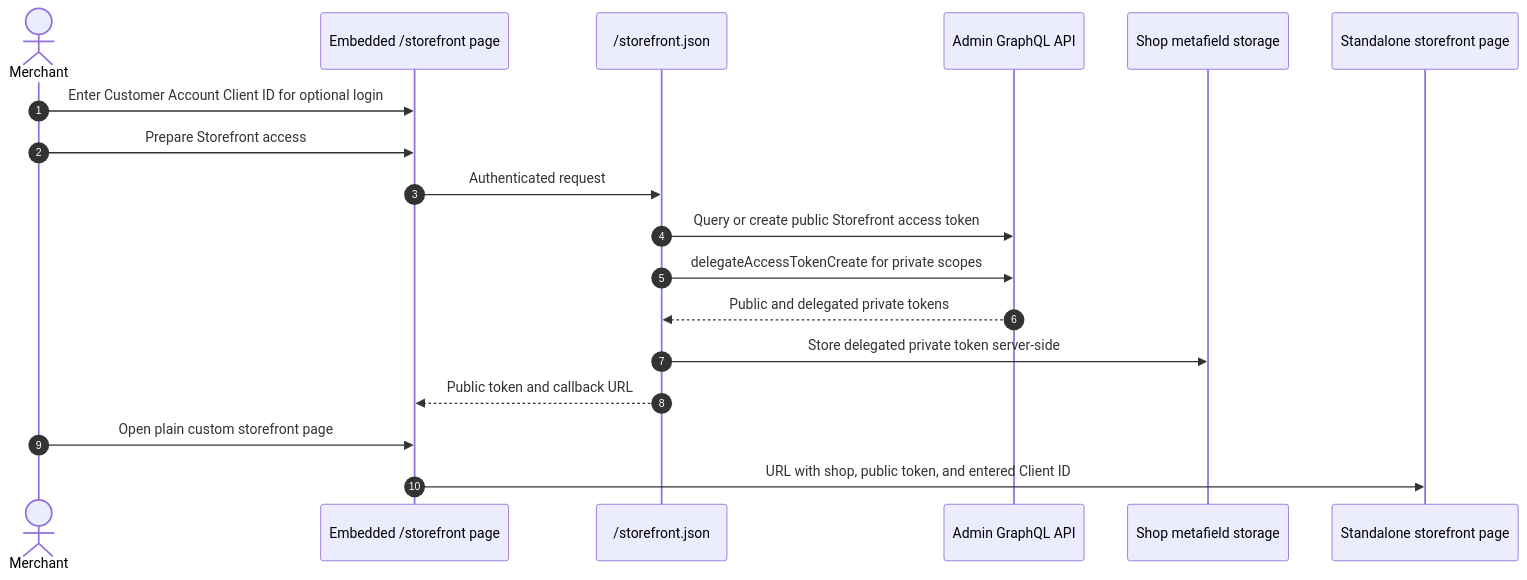
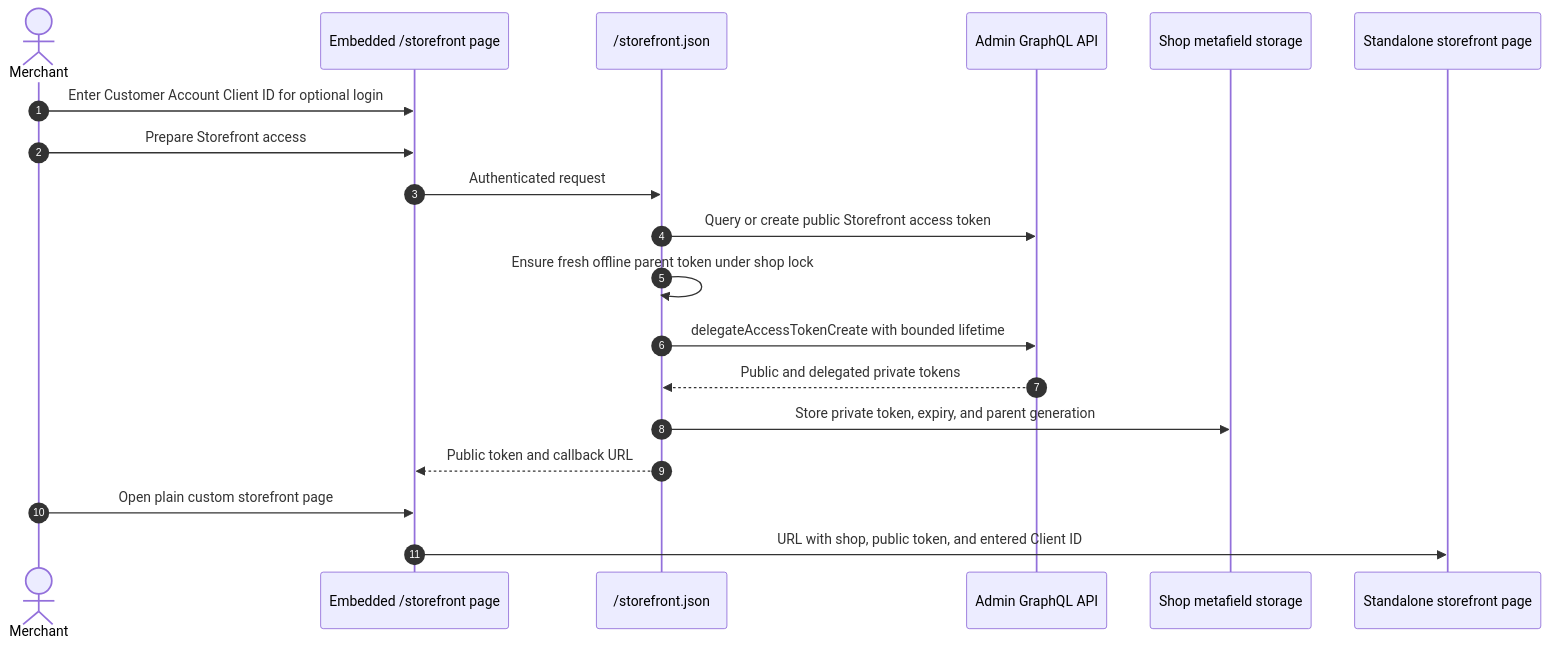
The first of 3 diagrams in docs/15-storefront.md (benzookapi/shopify-barebone-app-sample), drawn with Mermaid before and after one commit. The commit also changed other lines of this file and 3 other files, not shown here.

Commit message:
Document app security configuration and offline token refresh flow

````diff
--- a/docs/15-storefront.md
+++ b/docs/15-storefront.md
@@ -18,21 +18,22 @@
 ```mermaid
 sequenceDiagram
     autonumber
     actor Merchant
     participant UI as Embedded /storefront page
     participant App as /storefront.json
     participant AdminAPI as Admin GraphQL API
     participant Store as Shop metafield storage
     participant Plain as Standalone storefront page
 
     Merchant->>UI: Enter Customer Account Client ID for optional login
     Merchant->>UI: Prepare Storefront access
     UI->>App: Authenticated request
     App->>AdminAPI: Query or create public Storefront access token
-    App->>AdminAPI: delegateAccessTokenCreate for private scopes
+    App->>App: Ensure fresh offline parent token under shop lock
+    App->>AdminAPI: delegateAccessTokenCreate with bounded lifetime
     AdminAPI-->>App: Public and delegated private tokens
-    App->>Store: Store delegated private token server-side
+    App->>Store: Store private token, expiry, and parent generation
     App-->>UI: Public token and callback URL
     Merchant->>UI: Open plain custom storefront page
     UI->>Plain: URL with shop, public token, and entered Client ID
 ```
````
